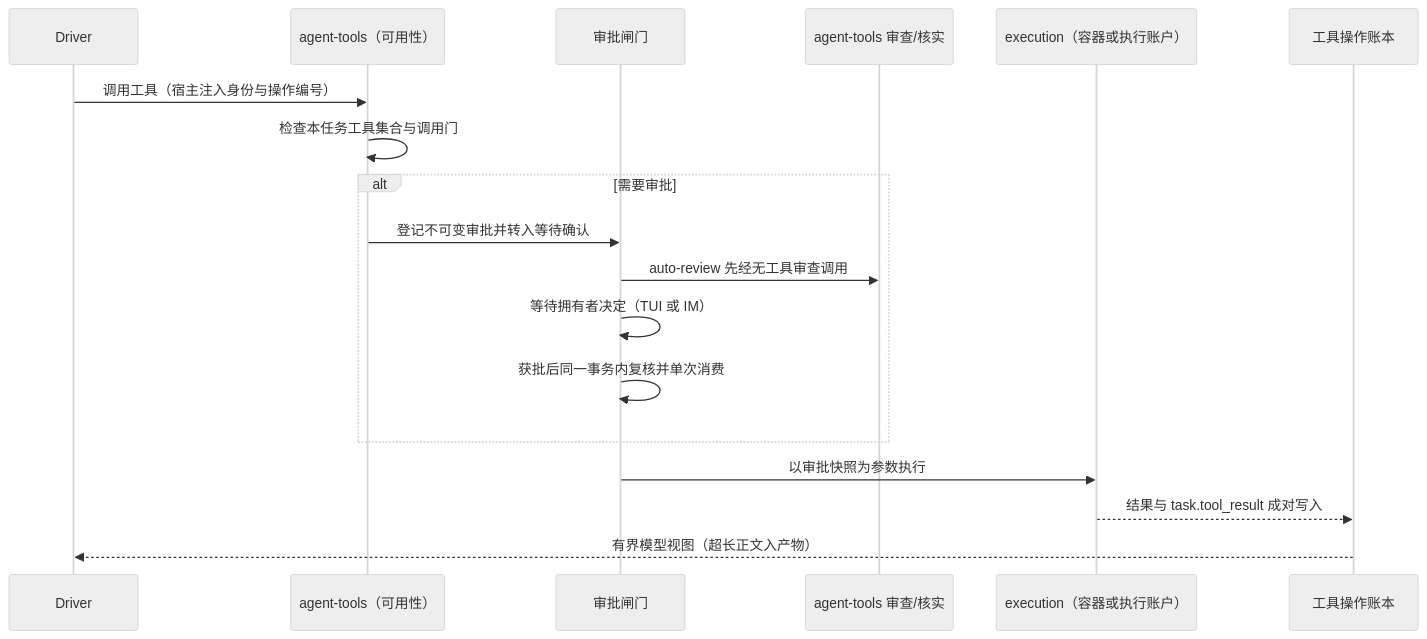
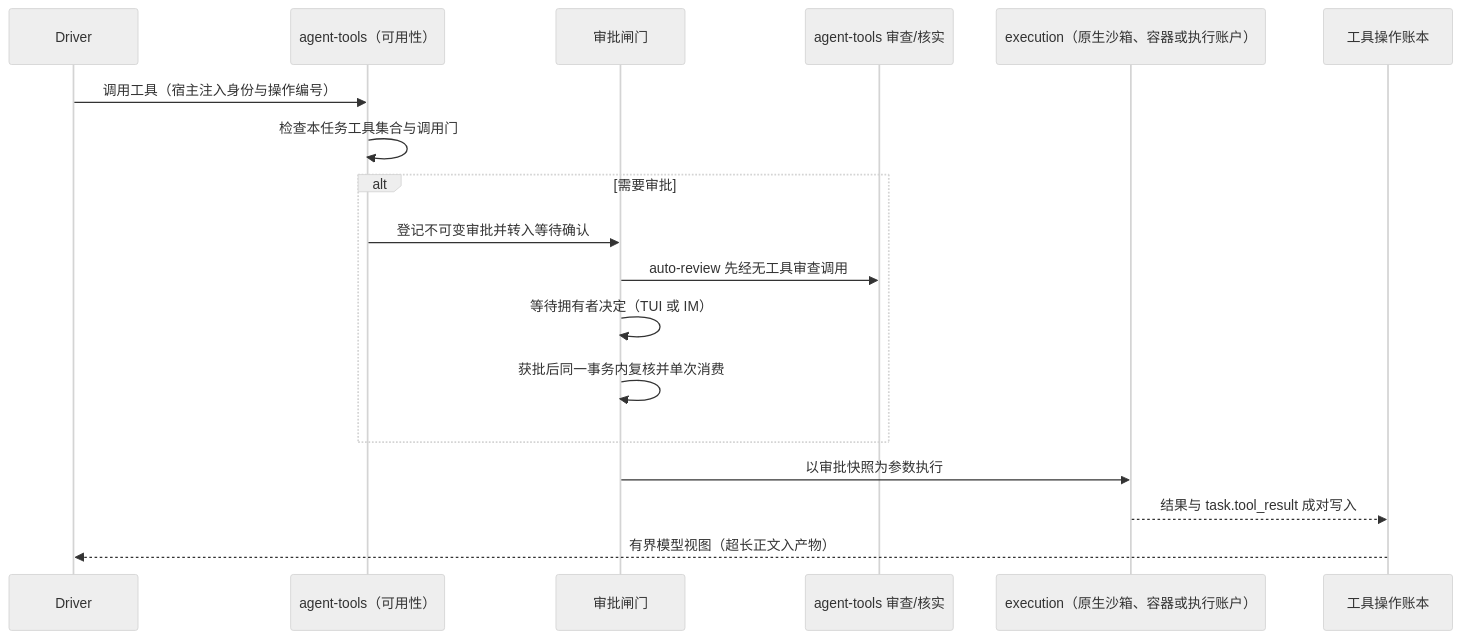
Before and after one commit to num-lab/Ruukoto: the third of 4 diagrams in docs/architecture.md, drawn with Mermaid (neutral theme). The commit also changed other lines of this file and 93 other files, not shown here.

````diff
--- a/docs/architecture.md
+++ b/docs/architecture.md
@@ -97,21 +97,21 @@
 ```mermaid
 sequenceDiagram
   participant D as Driver
   participant Av as agent-tools（可用性）
   participant G as 审批闸门
   participant R as agent-tools 审查/核实
-  participant W as execution（容器或执行账户）
+  participant W as execution（原生沙箱、容器或执行账户）
   participant L as 工具操作账本
 
   D->>Av: 调用工具（宿主注入身份与操作编号）
   Av->>Av: 检查本任务工具集合与调用门
   alt 需要审批
     Av->>G: 登记不可变审批并转入等待确认
     G->>R: auto-review 先经无工具审查调用
     G->>G: 等待拥有者决定（TUI 或 IM）
     G->>G: 获批后同一事务内复核并单次消费
   end
   G->>W: 以审批快照为参数执行
   W-->>L: 结果与 task.tool_result 成对写入
   L-->>D: 有界模型视图（超长正文入产物）
 ```
````
